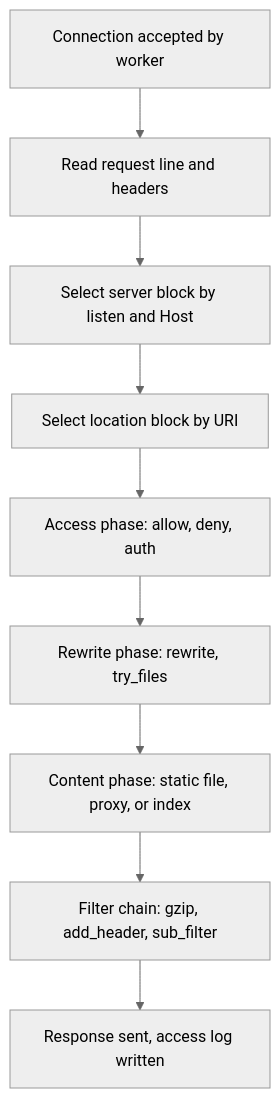
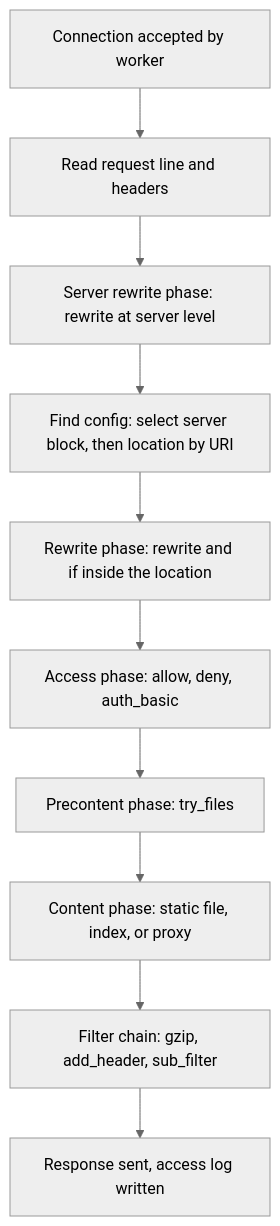
One commit to ringo380/guides changed the diagram in Nginx/fundamentals.md. Above: the diagram before and after it, drawn with Mermaid (neutral theme). The commit also changed other lines of this file and 1 other file, not shown here.

````diff
--- a/Nginx/fundamentals.md
+++ b/Nginx/fundamentals.md
@@ -236,11 +236,12 @@
 ```mermaid
 flowchart TD
     A[Connection accepted by worker] --> B[Read request line and headers]
-    B --> C[Select server block by listen and Host]
-    C --> D[Select location block by URI]
-    D --> E[Access phase: allow, deny, auth]
-    E --> F[Rewrite phase: rewrite, try_files]
-    F --> G[Content phase: static file, proxy, or index]
-    G --> H[Filter chain: gzip, add_header, sub_filter]
-    H --> I[Response sent, access log written]
+    B --> C[Server rewrite phase: rewrite at server level]
+    C --> D[Find config: select server block, then location by URI]
+    D --> E[Rewrite phase: rewrite and if inside the location]
+    E --> F[Access phase: allow, deny, auth_basic]
+    F --> G[Precontent phase: try_files]
+    G --> H[Content phase: static file, index, or proxy]
+    H --> I[Filter chain: gzip, add_header, sub_filter]
+    I --> J[Response sent, access log written]
 ```
````
